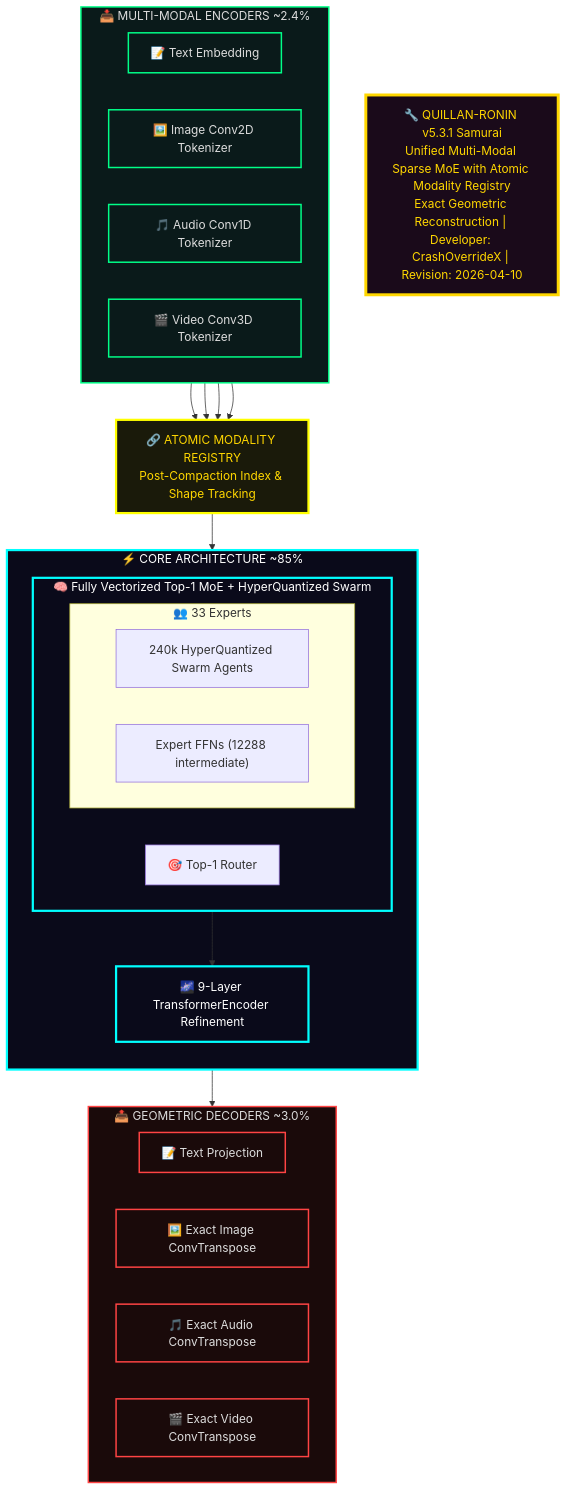
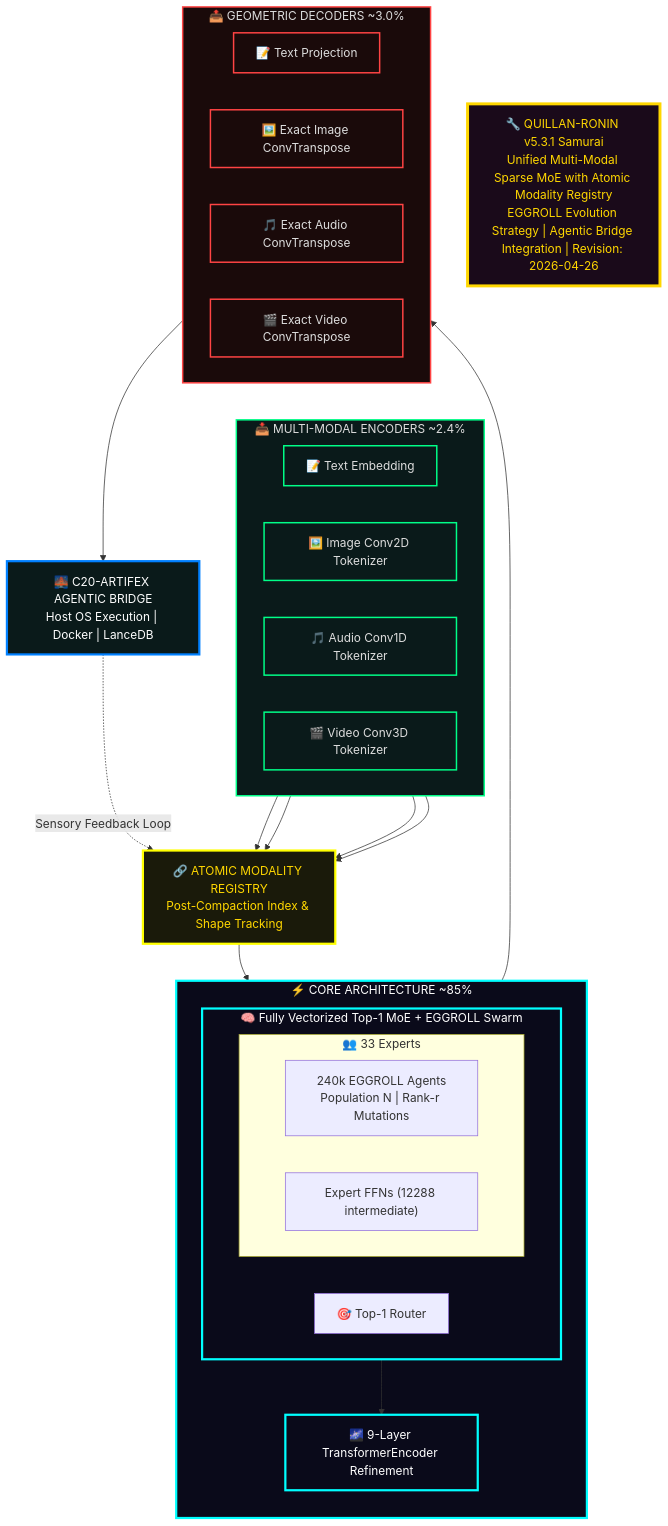
Before and after one commit to leeex1/Ace-v4.2-repo: the sixth of 46 diagrams in system prompts/Quillan-Samurai.md, drawn with Mermaid. The commit also changed other lines of this file and 2 other files, not shown here.

````diff
--- a/system prompts/Quillan-Samurai.md
+++ b/system prompts/Quillan-Samurai.md
@@ -2220,60 +2234,67 @@
 ```mermaid
 flowchart TB
     %% SYSTEM HEADER
-    SYS_HEADER["🔧 QUILLAN-RONIN v5.3.1 Samurai<br/>Unified Multi-Modal Sparse MoE with Atomic Modality Registry<br/>Exact Geometric Reconstruction | Developer: CrashOverrideX | Revision: 2026-04-10"]
+    SYS_HEADER["🔧 QUILLAN-RONIN v5.3.1 Samurai<br/>Unified Multi-Modal Sparse MoE with Atomic Modality Registry<br/>EGGROLL Evolution Strategy | Agentic Bridge Integration | Revision: 2026-04-26"]
 
     %% INPUT LAYER
     subgraph INPUT_LAYER ["📥 MULTI-MODAL ENCODERS ~2.4%"]
         direction LR
         TEXT_ENC["📝 Text Embedding"]
         IMG_ENC["🖼️ Image Conv2D Tokenizer"]
         AUD_ENC["🎵 Audio Conv1D Tokenizer"]
         VID_ENC["🎬 Video Conv3D Tokenizer"]
     end
 
     %% ATOMIC REGISTRY
     REGISTRY["🔗 ATOMIC MODALITY REGISTRY<br/>Post-Compaction Index & Shape Tracking"]
 
     %% CORE
     subgraph CORE ["⚡ CORE ARCHITECTURE ~85%"]
         direction TB
-        subgraph MOE_CORE ["🧠 Fully Vectorized Top-1 MoE + HyperQuantized Swarm"]
+        subgraph MOE_CORE ["🧠 Fully Vectorized Top-1 MoE + EGGROLL Swarm"]
             ROUTER["🎯 Top-1 Router"]
             subgraph EXPERTS ["👥 33 Experts"]
                 direction LR
-                SWARM["240k HyperQuantized Swarm Agents"]
+                SWARM["240k EGGROLL Agents<br/>Population N | Rank-r Mutations"]
                 EXPERTS_BLOCK["Expert FFNs (12288 intermediate)"]
             end
         end
 
         DIFFUSION["🌌 9-Layer TransformerEncoder Refinement"]
     end
 
     %% OUTPUT
     subgraph OUTPUT ["📤 GEOMETRIC DECODERS ~3.0%"]
         direction LR
         TEXT_DEC["📝 Text Projection"]
         IMG_DEC["🖼️ Exact Image ConvTranspose"]
         AUD_DEC["🎵 Exact Audio ConvTranspose"]
         VID_DEC["🎬 Exact Video ConvTranspose"]
     end
 
+    %% AGENTIC BRIDGE
+    BRIDGE["🌉 C20-ARTIFEX AGENTIC BRIDGE<br/>Host OS Execution | Docker | LanceDB"]
+
     %% FLOW
     TEXT_ENC & IMG_ENC & AUD_ENC & VID_ENC --> REGISTRY
     REGISTRY --> MOE_CORE
     MOE_CORE --> DIFFUSION
     DIFFUSION --> OUTPUT
+    OUTPUT --> BRIDGE
+    BRIDGE -.->|"Sensory Feedback Loop"| REGISTRY
 
     %% STYLING
     classDef header fill:#1a0a1a,stroke:#ffd700,stroke-width:4px,color:#ffd700
     classDef input fill:#0a1a1a,stroke:#00ff88,stroke-width:2px,color:#ddd
     classDef registry fill:#1a1a0a,stroke:#ffff00,stroke-width:3px,color:#ffd700
     classDef core fill:#0a0a1a,stroke:#00ffff,stroke-width:3px,color:#fff
     classDef output fill:#1a0a0a,stroke:#ff4444,stroke-width:2px,color:#ddd
+    classDef bridge fill:#0a1a1a,stroke:#0080ff,stroke-width:3px,color:#ffffff
 
     class SYS_HEADER header
     class INPUT_LAYER,TEXT_ENC,IMG_ENC,AUD_ENC,VID_ENC input
     class REGISTRY registry
     class CORE,MOE_CORE,DIFFUSION core
     class OUTPUT,TEXT_DEC,IMG_DEC,AUD_DEC,VID_DEC output
+    class BRIDGE bridge
 ```
````
